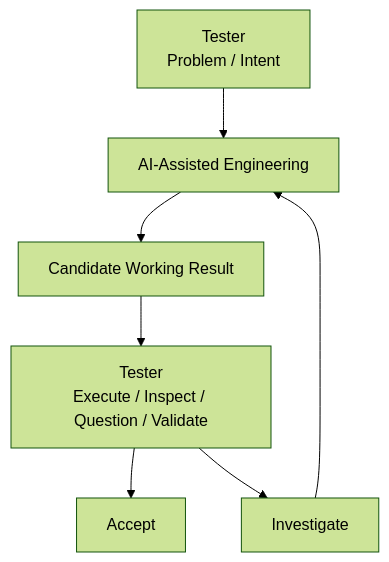
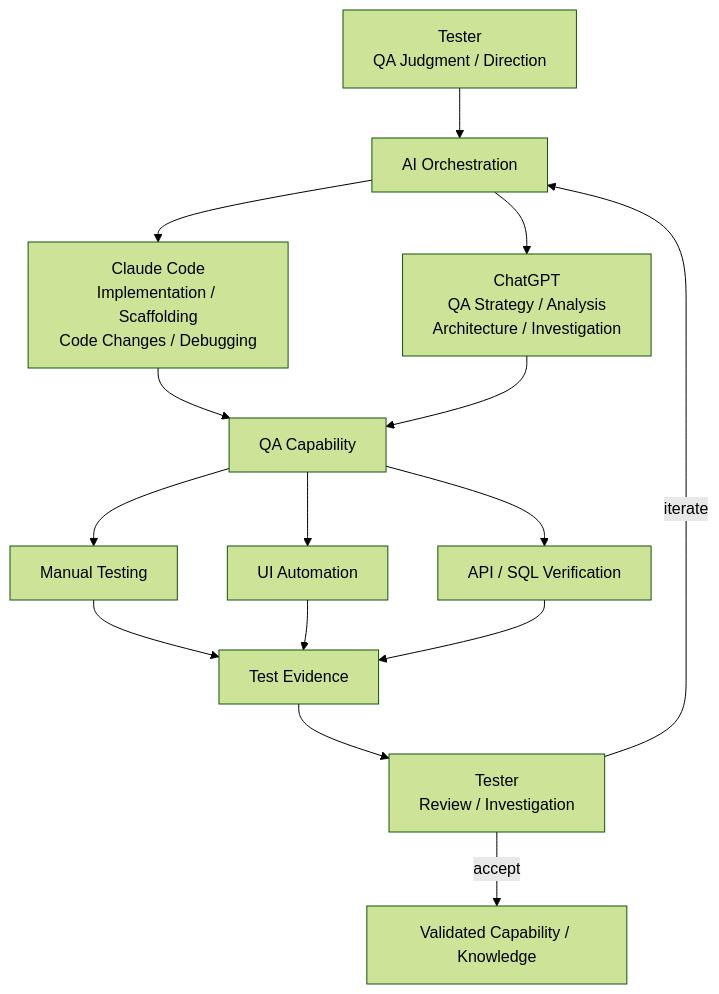
One commit to frankfulcomer/workflow-tracker-tests changed the sixth of 7 diagrams in docs/architecture.md. Above: the diagram before and after it, drawn with Mermaid (forest theme). The commit also changed other lines of this file, not shown here.

Commit message:
Clarify AI orchestration model

````diff
--- a/docs/architecture.md
+++ b/docs/architecture.md
@@ -247,9 +251,17 @@
 ```mermaid
 flowchart TB
-    Human1["Tester<br/>Problem / Intent"] --> AI["AI-Assisted Engineering"]
-    AI --> Result["Candidate Working Result"]
-    Result --> Human2["Tester<br/>Execute / Inspect / Question / Validate"]
-    Human2 --> Accept
-    Human2 --> Investigate
-    Investigate --> AI
+    Tester1["Tester<br/>QA Judgment / Direction"] --> Orch["AI Orchestration"]
+    Orch --> Claude["Claude Code<br/>Implementation / Scaffolding<br/>Code Changes / Debugging"]
+    Orch --> ChatGPT["ChatGPT<br/>QA Strategy / Analysis<br/>Architecture / Investigation"]
+    Claude --> Capability["QA Capability"]
+    ChatGPT --> Capability
+    Capability --> Manual["Manual Testing"]
+    Capability --> UI["UI Automation"]
+    Capability --> APISQL["API / SQL Verification"]
+    Manual --> Evidence["Test Evidence"]
+    UI --> Evidence
+    APISQL --> Evidence
+    Evidence --> Tester2["Tester<br/>Review / Investigation"]
+    Tester2 -->|accept| Knowledge["Validated Capability / Knowledge"]
+    Tester2 -->|iterate| Orch
 ```
````
